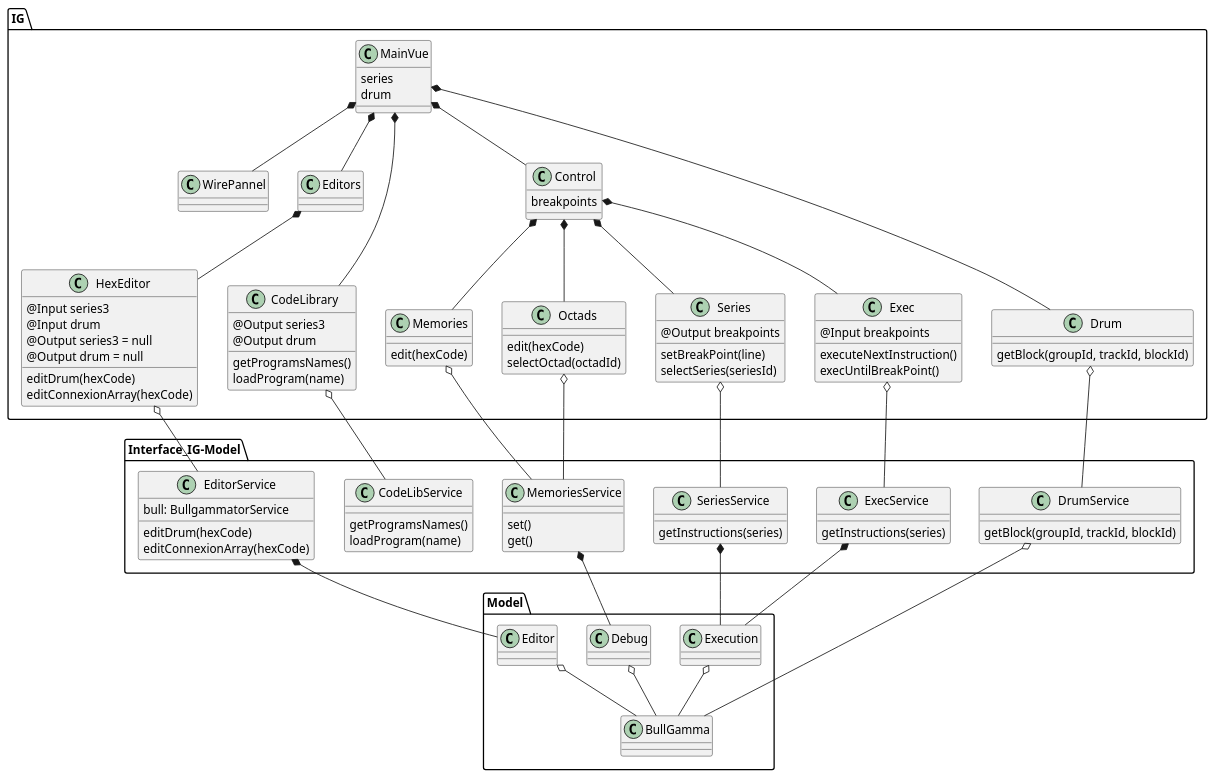
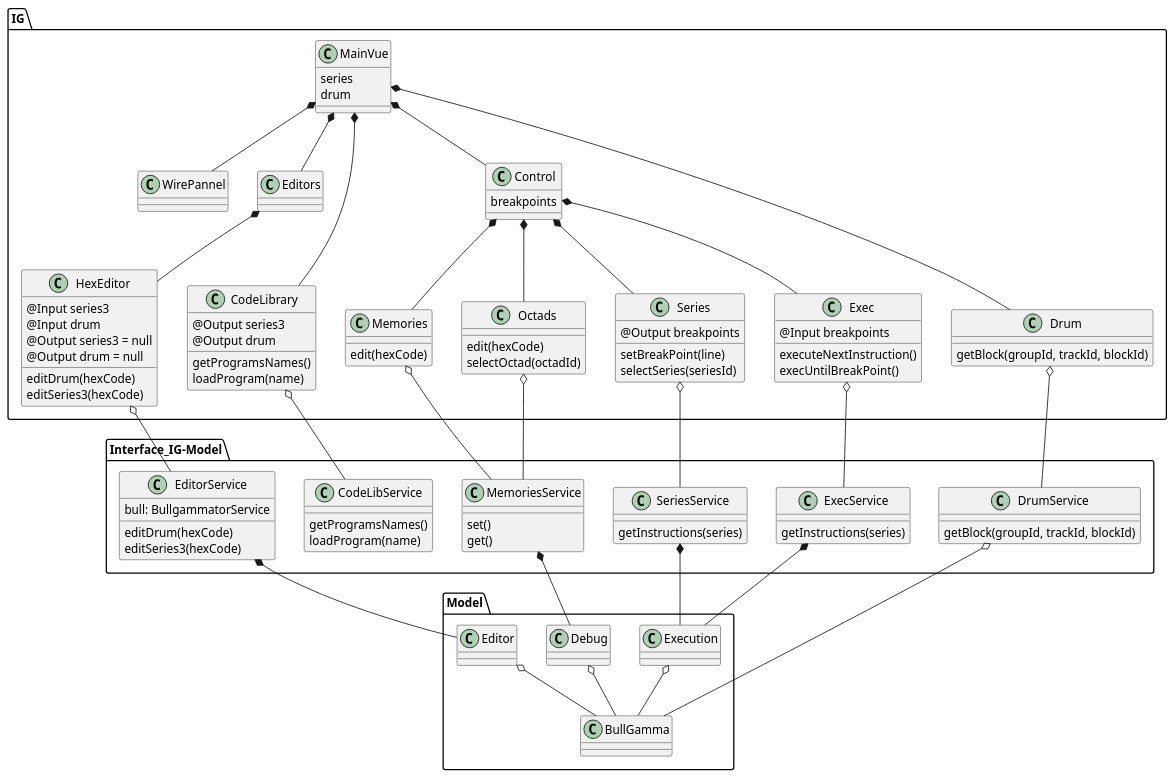
The diagram in design/UI_archi.puml (lutrampal/bullgammator), drawn with PlantUML before and after one commit. The commit also changed 75 other files, not shown here.

```diff
--- a/design/UI_archi.puml
+++ b/design/UI_archi.puml
@@ -1,127 +1,127 @@
 @startuml
 
 package IG {
 	class MainVue {
 		series
 		drum
 	}
 
 	class WirePannel {
 	}
 	MainVue *-- WirePannel
 
 	class Editors {
 	}
 	MainVue *-- Editors
 
 	class HexEditor {
 		@Input series3
 		@Input drum
 		@Output series3 = null
 		@Output drum = null
 		editDrum(hexCode)
-		editConnexionArray(hexCode)
+		editSeries3(hexCode)
 	}
 	Editors *-- HexEditor
 
 	class CodeLibrary {
 		@Output series3
 		@Output drum
 		getProgramsNames()
 		loadProgram(name)
 	}
 	MainVue *--- CodeLibrary
 
 	class Control {
 		breakpoints
 	}
 	MainVue *-- Control
 
 	class Memories {
 		edit(hexCode)
 	}
 	Control *-- Memories
 
 	class Octads {
 		edit(hexCode)
 		selectOctad(octadId)
 	}
 	Control *-- Octads
 
 	class Series {
 		@Output breakpoints
 		setBreakPoint(line)
 		selectSeries(seriesId)
 	}
 	Control *-- Series
 
 	class Exec {
 		@Input breakpoints
 		executeNextInstruction()
 		execUntilBreakPoint()
 	}
 	Control *-- Exec
 
 	class Drum {
 		getBlock(groupId, trackId, blockId)
 	}
 	MainVue *--- Drum
 }
 
 package Interface_IG-Model {
 	class EditorService {
 		bull: BullgammatorService
 		editDrum(hexCode)
-		editConnexionArray(hexCode)
+		editSeries3(hexCode)
 	}
 	HexEditor o-- EditorService
 
 	class CodeLibService {
 		getProgramsNames()
 		loadProgram(name)
 	}
 	CodeLibrary o-- CodeLibService
 
 	class MemoriesService {
 		set()
 		get()
 	}
 	Octads o-- MemoriesService
 	Memories o-- MemoriesService
 
 	class SeriesService {
 		getInstructions(series)
 	}
 	Series o-- SeriesService
 
 	class ExecService {
 		getInstructions(series)
 	}
 	Exec o-- ExecService
 
 	class DrumService {
 		getBlock(groupId, trackId, blockId)
 	}
 	Drum o-- DrumService
 }
 
 package Model {
   class Editor {
   }
 	EditorService *-- Editor
   Editor o-- BullGamma
 
   class Execution {
   }
 	ExecService *-- Execution
 	SeriesService *-- Execution
   Execution o-- BullGamma
 
   class Debug {
   }
 	MemoriesService *-- Debug
   DrumService o-- BullGamma
   Debug o-- BullGamma
 }
 
 @enduml
```
